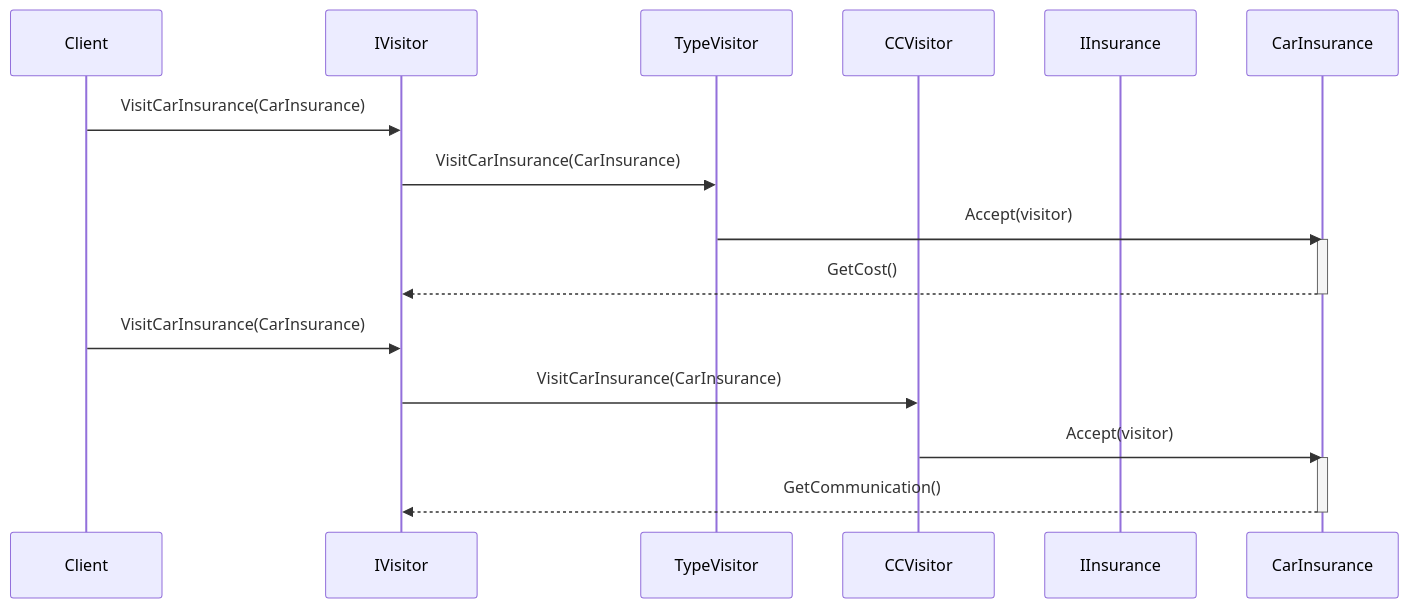
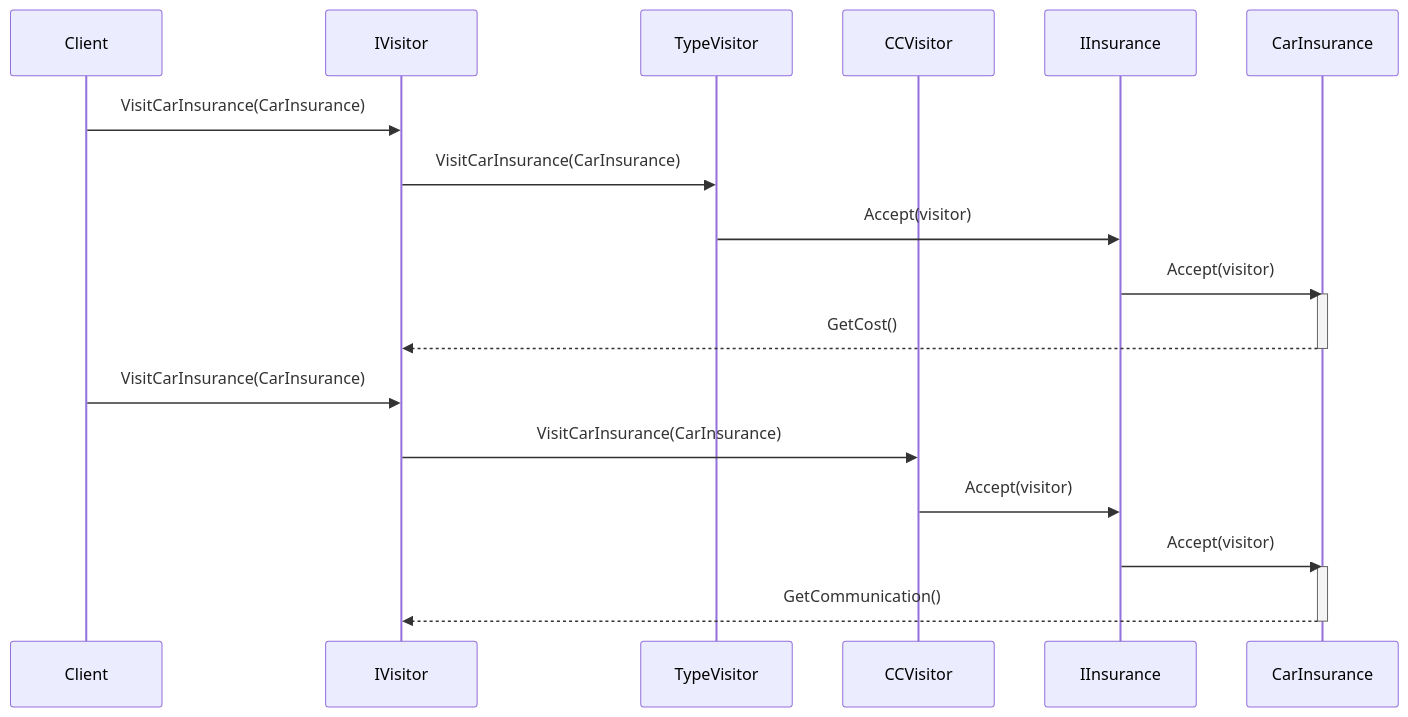
One commit to MHA963/The-visitor-Pattern- changed the third of 3 diagrams in README.md. Above: the diagram before and after it, drawn with Mermaid.

````diff
--- a/README.md
+++ b/README.md
@@ -115,26 +115,27 @@
 ```mermaid
 sequenceDiagram
     participant Client
     participant IVisitor
     participant TypeVisitor
     participant CCVisitor
     participant IInsurance
     participant CarInsurance
     
     Client->>IVisitor: VisitCarInsurance(CarInsurance)
     IVisitor->>TypeVisitor: VisitCarInsurance(CarInsurance)
-    
-    TypeVisitor->>CarInsurance: Accept(visitor)    
+
+    TypeVisitor->>IInsurance: Accept(visitor) 
+    IInsurance->>CarInsurance: Accept(visitor)    
     
     activate CarInsurance
     CarInsurance-->>IVisitor: GetCost()
     deactivate CarInsurance
 
     Client->>IVisitor: VisitCarInsurance(CarInsurance)
     IVisitor->>CCVisitor: VisitCarInsurance(CarInsurance)
-    CCVisitor->>CarInsurance: Accept(visitor) 
-
+    CCVisitor->>IInsurance: Accept(visitor) 
+    IInsurance->>CarInsurance: Accept(visitor)   
     activate CarInsurance
     CarInsurance-->>IVisitor: GetCommunication()
     deactivate CarInsurance
 ```
````
